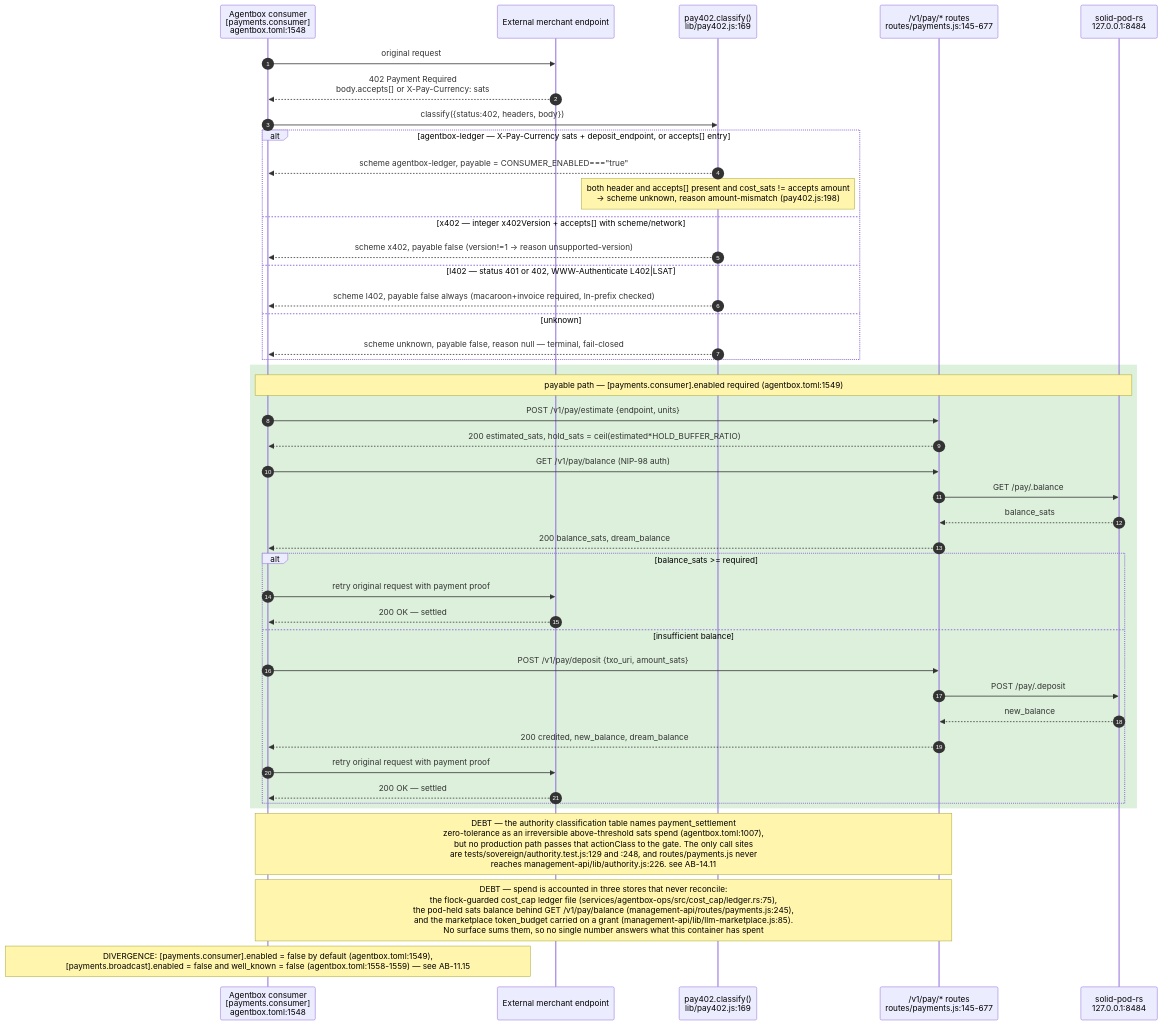
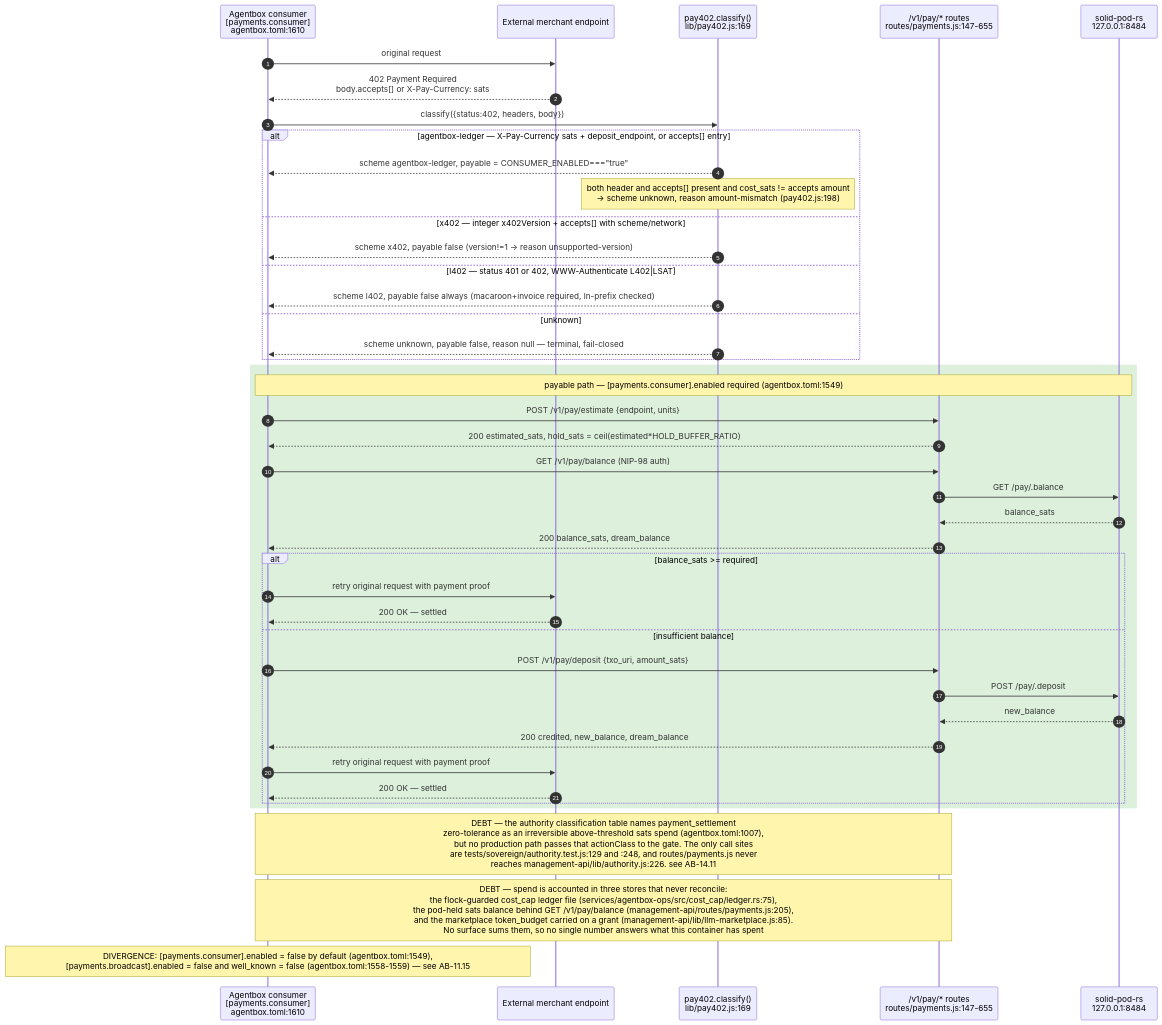
The sixth of 14 diagrams in docs/diagrams/agentbox/15-capability-gating-spend-consultants.md (DreamLab-AI/VisionFlow), drawn with Mermaid before and after one commit. The commit also changed other lines of this file and 111 other files, not shown here.

Commit message:
docs(diagrams): align estate maps with current source

````diff
--- a/docs/diagrams/agentbox/15-capability-gating-spend-consultants.md
+++ b/docs/diagrams/agentbox/15-capability-gating-spend-consultants.md
@@ -285,47 +285,47 @@
 ```mermaid
 sequenceDiagram
     autonumber
-    participant Agent as Agentbox consumer<br/>[payments.consumer]<br/>agentbox.toml:1548
+    participant Agent as Agentbox consumer<br/>[payments.consumer]<br/>agentbox.toml:1610
     participant Merchant as External merchant endpoint
     participant Classify as pay402.classify()<br/>lib/pay402.js:169
-    participant Pay as /v1/pay/* routes<br/>routes/payments.js:145-677
+    participant Pay as /v1/pay/* routes<br/>routes/payments.js:147-655
     participant Pod as solid-pod-rs<br/>127.0.0.1:8484
 
     Agent->>Merchant: original request
     Merchant-->>Agent: 402 Payment Required<br/>body.accepts[] or X-Pay-Currency: sats
     Agent->>Classify: classify({status:402, headers, body})
     alt agentbox-ledger — X-Pay-Currency sats + deposit_endpoint, or accepts[] entry
         Classify-->>Agent: scheme agentbox-ledger, payable = CONSUMER_ENABLED==="true"
         Note over Classify: both header and accepts[] present and cost_sats != accepts amount<br/>-> scheme unknown, reason amount-mismatch (pay402.js:198)
     else x402 — integer x402Version + accepts[] with scheme/network
         Classify-->>Agent: scheme x402, payable false #40;version!=1 -> reason unsupported-version#41;
     else l402 — status 401 or 402, WWW-Authenticate L402#124;LSAT
         Classify-->>Agent: scheme l402, payable false always #40;macaroon+invoice required, ln-prefix checked#41;
     else unknown
         Classify-->>Agent: scheme unknown, payable false, reason null — terminal, fail-closed
     end
 
     rect rgb(220,240,220)
     Note over Agent,Pod: payable path — [payments.consumer].enabled required (agentbox.toml:1549)
     Agent->>Pay: POST /v1/pay/estimate {endpoint, units}
     Pay-->>Agent: 200 estimated_sats, hold_sats = ceil(estimated*HOLD_BUFFER_RATIO)
     Agent->>Pay: GET /v1/pay/balance (NIP-98 auth)
     Pay->>Pod: GET /pay/.balance
     Pod-->>Pay: balance_sats
     Pay-->>Agent: 200 balance_sats, dream_balance
     alt balance_sats #62;#61; required
         Agent->>Merchant: retry original request with payment proof
         Merchant-->>Agent: 200 OK — settled
     else insufficient balance
         Agent->>Pay: POST /v1/pay/deposit {txo_uri, amount_sats}
         Pay->>Pod: POST /pay/.deposit
         Pod-->>Pay: new_balance
         Pay-->>Agent: 200 credited, new_balance, dream_balance
         Agent->>Merchant: retry original request with payment proof
         Merchant-->>Agent: 200 OK — settled
     end
     end
     Note over Agent,Pay: DEBT — the authority classification table names payment_settlement<br/>zero-tolerance as an irreversible above-threshold sats spend (agentbox.toml:1007),<br/>but no production path passes that actionClass to the gate. The only call sites<br/>are tests/sovereign/authority.test.js:129 and :248, and routes/payments.js never<br/>reaches management-api/lib/authority.js:226. see AB-14.11
-    Note over Agent,Pay: DEBT — spend is accounted in three stores that never reconcile:<br/>the flock-guarded cost_cap ledger file (services/agentbox-ops/src/cost_cap/ledger.rs:75),<br/>the pod-held sats balance behind GET /v1/pay/balance (management-api/routes/payments.js:245),<br/>and the marketplace token_budget carried on a grant (management-api/lib/llm-marketplace.js:85).<br/>No surface sums them, so no single number answers what this container has spent
+    Note over Agent,Pay: DEBT — spend is accounted in three stores that never reconcile:<br/>the flock-guarded cost_cap ledger file (services/agentbox-ops/src/cost_cap/ledger.rs:75),<br/>the pod-held sats balance behind GET /v1/pay/balance (management-api/routes/payments.js:205),<br/>and the marketplace token_budget carried on a grant (management-api/lib/llm-marketplace.js:85).<br/>No surface sums them, so no single number answers what this container has spent
     Note over Agent: DIVERGENCE: #91;payments.consumer#93;.enabled = false by default #40;agentbox.toml:1549#41;,<br/>#91;payments.broadcast#93;.enabled = false and well_known = false #40;agentbox.toml:1558-1559#41; — see AB-11.15
 ```
````
